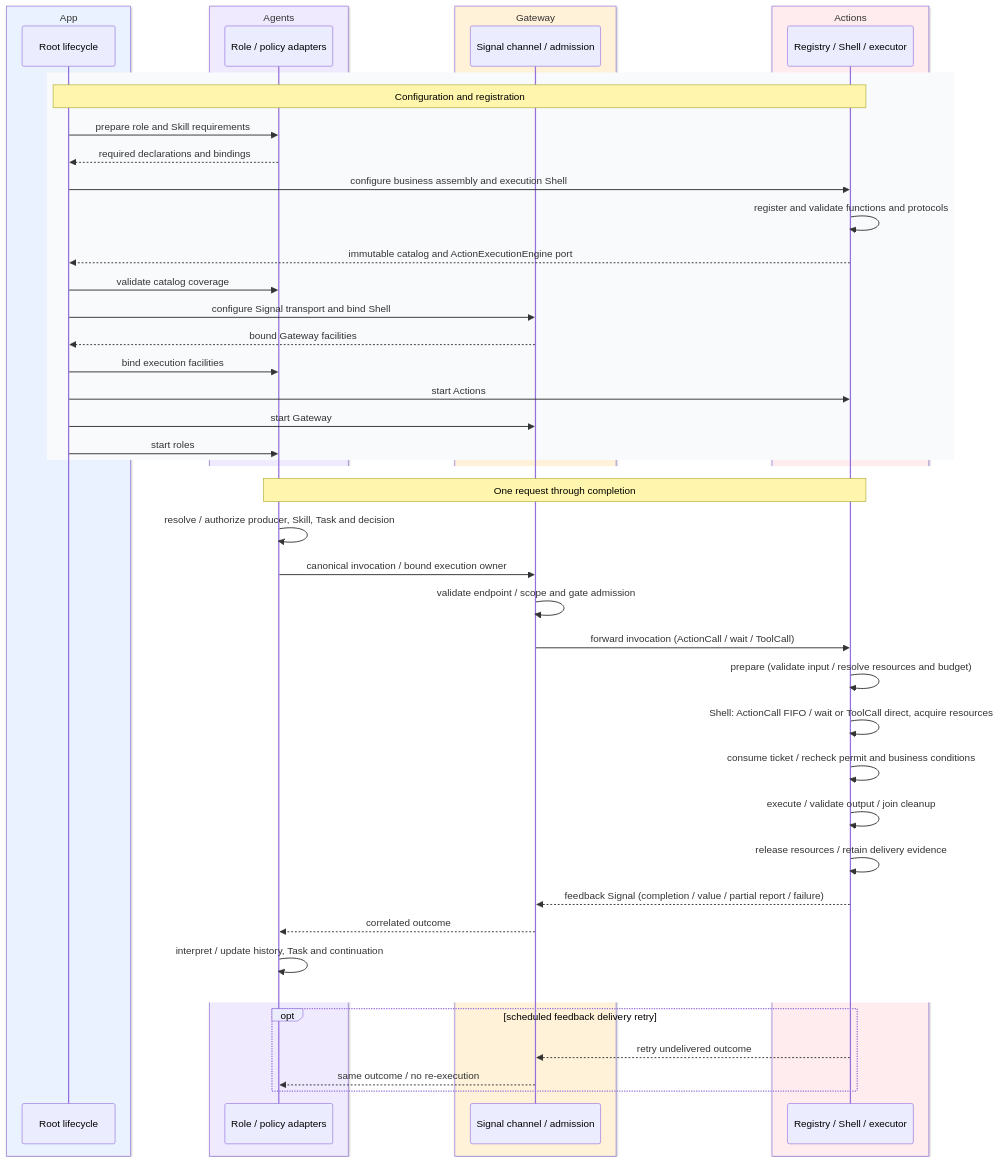
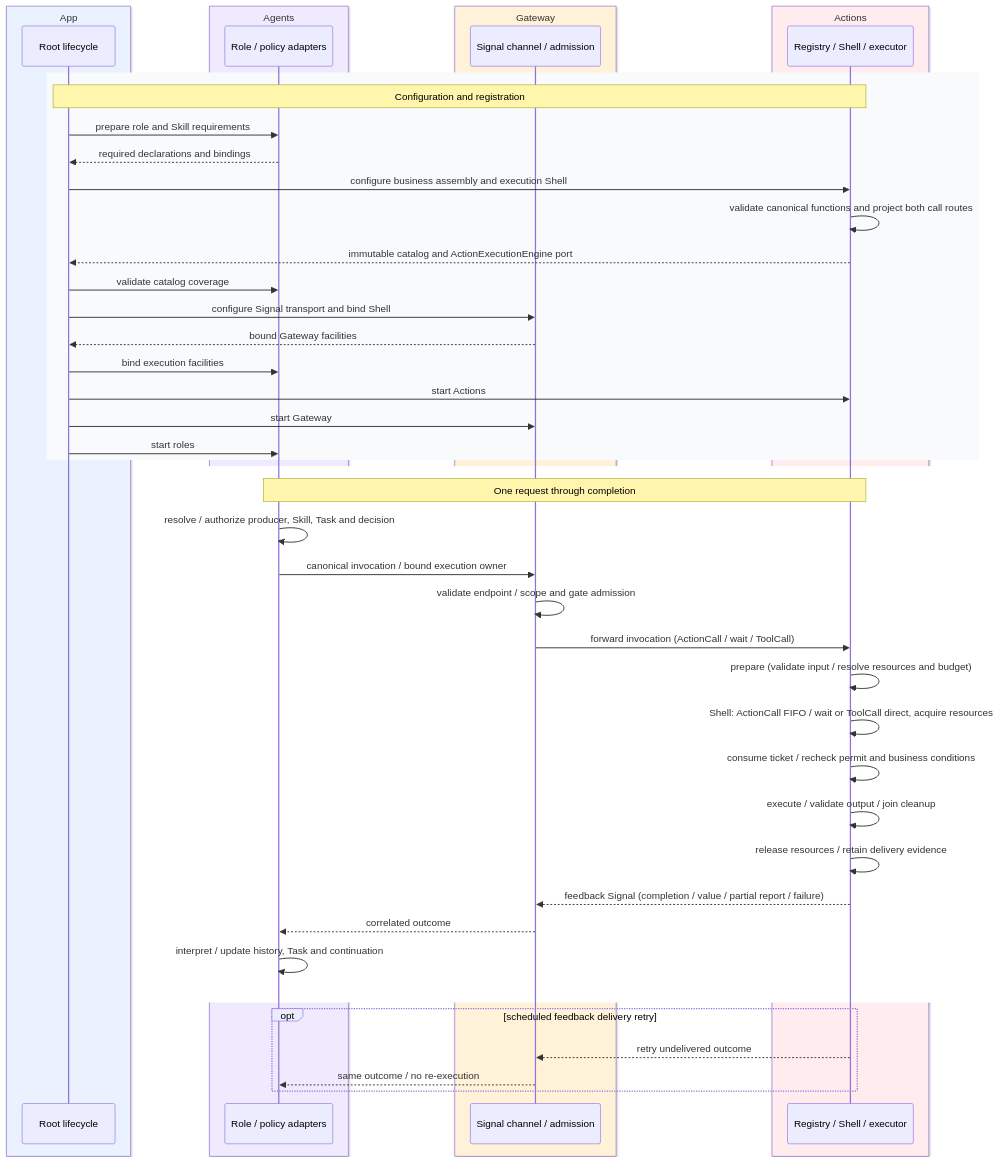
Before and after one commit to devilyouwei/MobileHarness: diagram 12 of 29 in MobileHarness/README.md, drawn with Mermaid. The commit also changed other lines of this file and 341 other files, not shown here.

````diff
--- a/MobileHarness/README.md
+++ b/MobileHarness/README.md
@@ -777,49 +779,49 @@
 ```mermaid
 sequenceDiagram
     box rgb(234,242,255) App
         participant App as Root lifecycle
     end
     box rgb(240,234,255) Agents
         participant A as Role / policy adapters
     end
     box rgb(255,242,217) Gateway
         participant G as Signal channel / admission
     end
     box rgb(255,236,239) Actions
         participant X as Registry / Shell / executor
     end
     rect rgb(248,250,252)
         Note over App,X: Configuration and registration
         App->>A: prepare role and Skill requirements
         A-->>App: required declarations and bindings
         App->>X: configure business assembly and execution Shell
-        X->>X: register and validate functions and protocols
+        X->>X: validate canonical functions and project both call routes
         X-->>App: immutable catalog and ActionExecutionEngine port
         App->>A: validate catalog coverage
         App->>G: configure Signal transport and bind Shell
         G-->>App: bound Gateway facilities
         App->>A: bind execution facilities
         App->>X: start Actions
         App->>G: start Gateway
         App->>A: start roles
     end
     rect rgb(255,255,255)
         Note over A,X: One request through completion
         A->>A: resolve / authorize producer, Skill, Task and decision
         A->>G: canonical invocation / bound execution owner
         G->>G: validate endpoint / scope and gate admission
         G->>X: forward invocation (ActionCall / wait / ToolCall)
         X->>X: prepare (validate input / resolve resources and budget)
         X->>X: Shell: ActionCall FIFO / wait or ToolCall direct, acquire resources
         X->>X: consume ticket / recheck permit and business conditions
         X->>X: execute / validate output / join cleanup
         X->>X: release resources / retain delivery evidence
         X-->>G: feedback Signal (completion / value / partial report / failure)
         G-->>A: correlated outcome
         A->>A: interpret / update history, Task and continuation
     end
     opt scheduled feedback delivery retry
         X-->>G: retry undelivered outcome
         G-->>A: same outcome / no re-execution
     end
 ```
````
